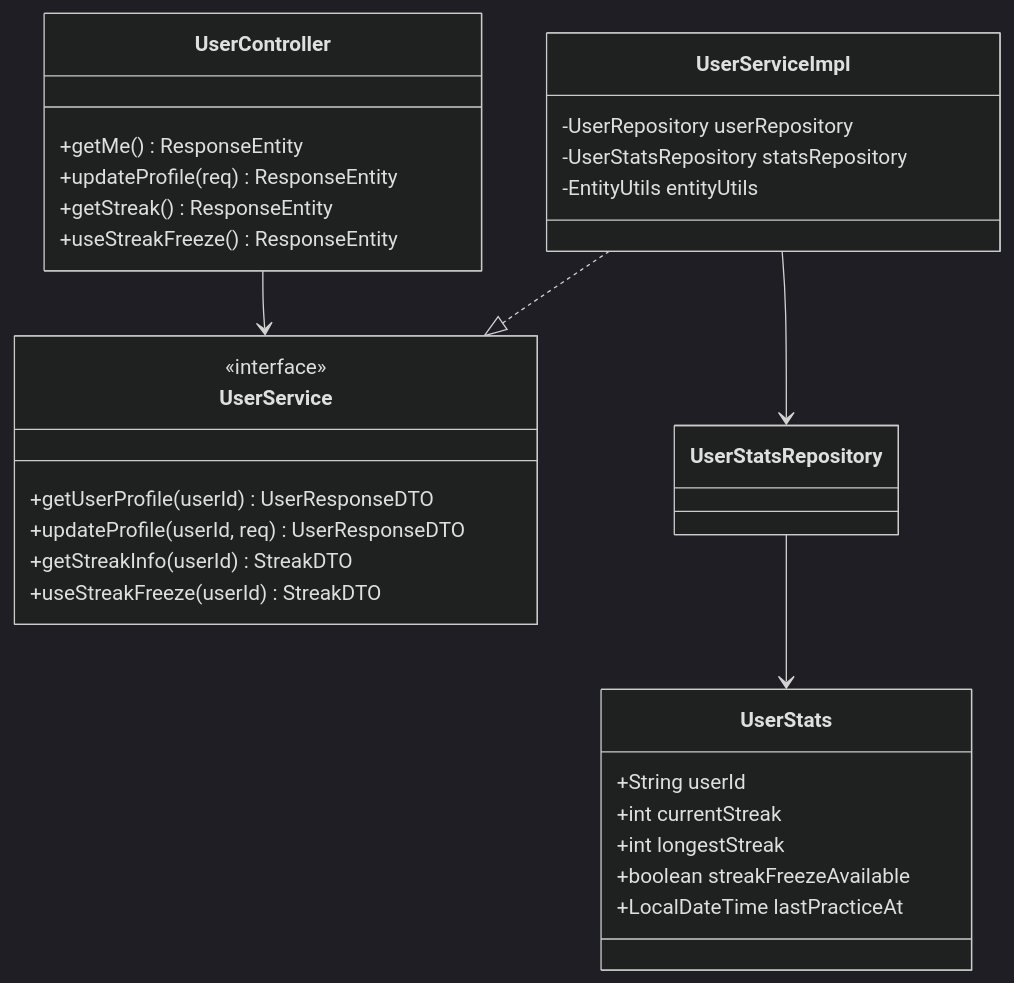
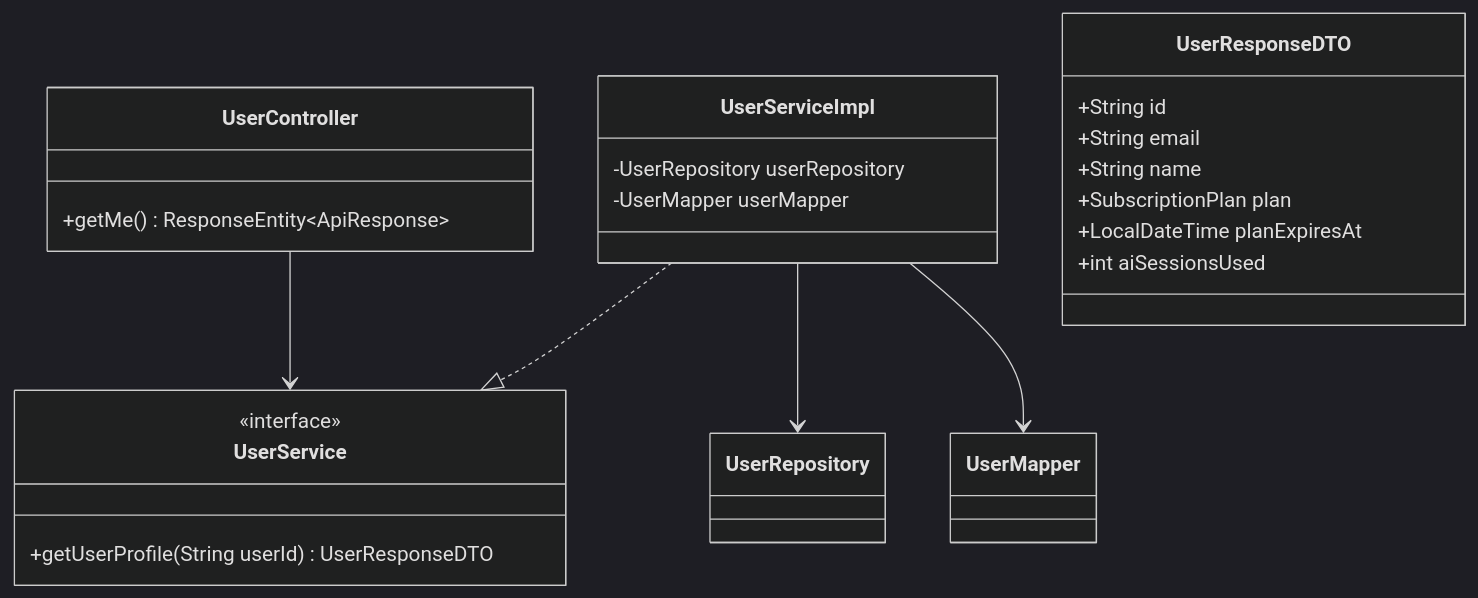
The first of 10 diagrams in docs/use-cases/UC-02-user-profile.md (The-MC-Hub/MC_Voice_Training_Backend), drawn with Mermaid (dark theme) before and after one commit. The commit also changed other lines of this file and 12 other files, not shown here.

Commit message:
docs(use-cases): fully expand all sub-use-cases across all 13 UC files with dedicated Class Diagrams, Sequence Diagrams, and Unit Tests

````diff
--- a/docs/use-cases/UC-02-user-profile.md
+++ b/docs/use-cases/UC-02-user-profile.md
@@ -28,36 +15,26 @@
 ```mermaid
 classDiagram
     class UserController {
-        +getMe() ResponseEntity
-        +updateProfile(req) ResponseEntity
-        +getStreak() ResponseEntity
-        +useStreakFreeze() ResponseEntity
+        +getMe() ResponseEntity~ApiResponse~
     }
-
     class UserService {
         <<interface>>
-        +getUserProfile(userId) UserResponseDTO
-        +updateProfile(userId, req) UserResponseDTO
-        +getStreakInfo(userId) StreakDTO
-        +useStreakFreeze(userId) StreakDTO
+        +getUserProfile(String userId) UserResponseDTO
     }
-
     class UserServiceImpl {
         -UserRepository userRepository
-        -UserStatsRepository statsRepository
-        -EntityUtils entityUtils
+        -UserMapper userMapper
     }
-
-    class UserStats {
-        +String userId
-        +int currentStreak
-        +int longestStreak
-        +boolean streakFreezeAvailable
-        +LocalDateTime lastPracticeAt
+    class UserResponseDTO {
+        +String id
+        +String email
+        +String name
+        +SubscriptionPlan plan
+        +LocalDateTime planExpiresAt
+        +int aiSessionsUsed
     }
-
     UserController --> UserService
     UserServiceImpl ..|> UserService
-    UserServiceImpl --> UserStatsRepository
-    UserStatsRepository --> UserStats
+    UserServiceImpl --> UserRepository
+    UserServiceImpl --> UserMapper
 ```
````
